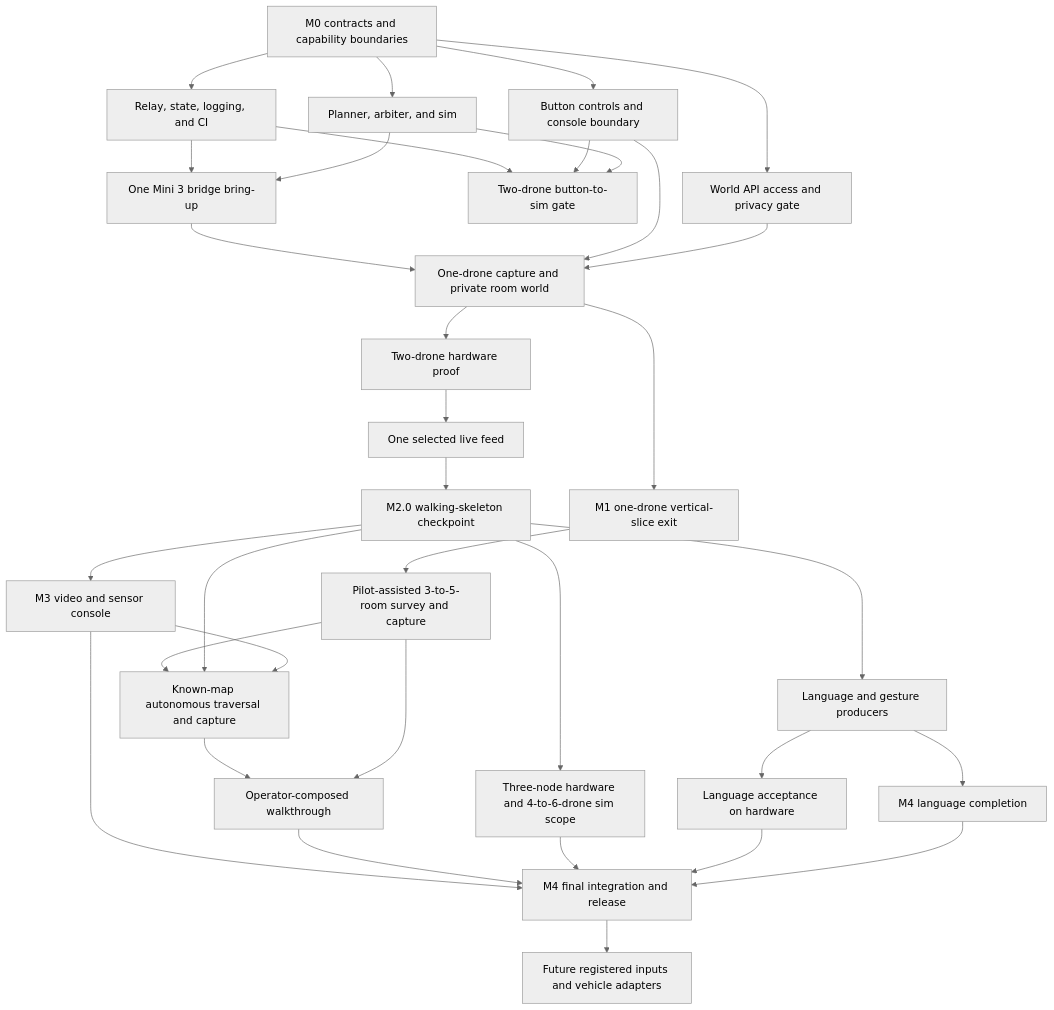
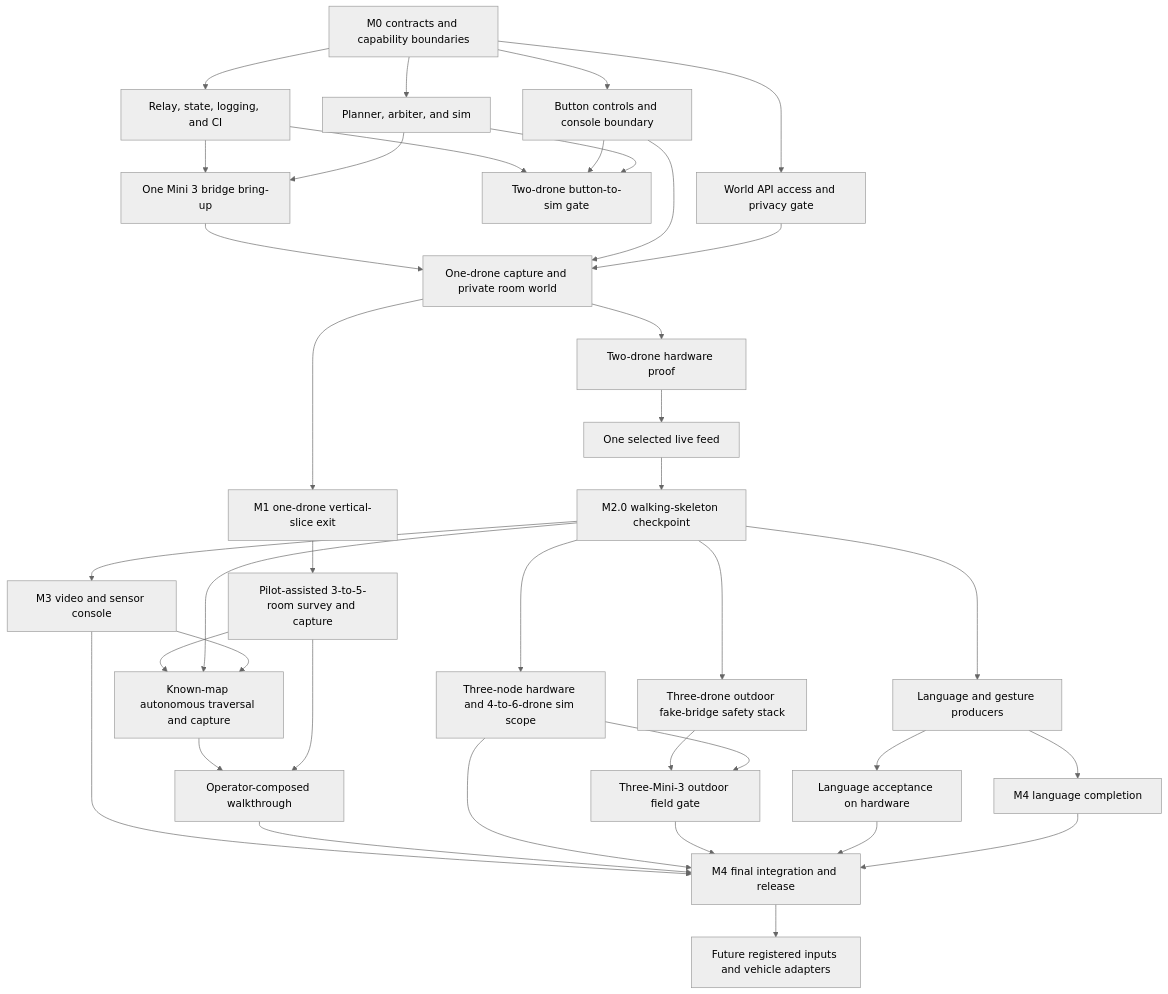
One commit to worldofhacks/sweep changed the diagram in docs/mvp-plan.md. Above: the diagram before and after it, drawn with Mermaid (neutral theme). The commit also changed other lines of this file and 2 other files, not shown here.

Commit message:
docs: add outdoor field safety lane to MVP plan

````diff
--- a/docs/mvp-plan.md
+++ b/docs/mvp-plan.md
@@ -11,36 +11,40 @@
 ```mermaid
 flowchart TD
     m0[M0 contracts and capability boundaries] --> relay[Relay, state, logging, and CI]
     m0 --> worldapi[World API access and privacy gate]
     m0 --> controls[Button controls and console boundary]
     m0 --> autonomy[Planner, arbiter, and sim]
     relay --> simgate[Two-drone button-to-sim gate]
     controls --> simgate
     autonomy --> simgate
     m20 --> speech[Language and gesture producers]
     relay --> bridge[One Mini 3 bridge bring-up]
     autonomy --> bridge
     bridge --> hw1[One-drone capture and private room world]
     controls --> hw1
     worldapi --> hw1
     hw1 --> m1[M1 one-drone vertical-slice exit]
     m1 --> rooms[Pilot-assisted 3-to-5-room survey and capture]
     hw1 --> hw2[Two-drone hardware proof]
     hw2 --> feed[One selected live feed]
     feed --> m20[M2.0 walking-skeleton checkpoint]
     m20 --> scale[Three-node hardware and 4-to-6-drone sim scope]
+    m20 --> fieldsim[Three-drone outdoor fake-bridge safety stack]
     m20 --> video[M3 video and sensor console]
     rooms --> knownmap[Known-map autonomous traversal and capture]
     m20 --> knownmap
     video --> knownmap
+    fieldsim --> fieldflight[Three-Mini-3 outdoor field gate]
+    scale --> fieldflight
     speech --> hwlang[Language acceptance on hardware]
     speech --> langfull[M4 language completion]
     knownmap --> compose[Operator-composed walkthrough]
     rooms --> compose
     video --> release[M4 final integration and release]
     compose --> release
     scale --> release
+    fieldflight --> release
     hwlang --> release
     langfull --> release
     release --> future[Future registered inputs and vehicle adapters]
 ```
````
